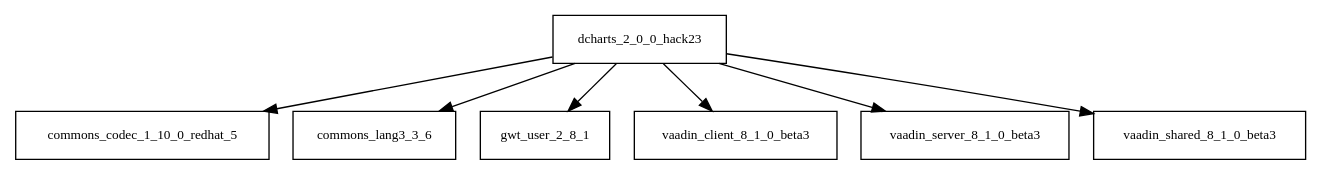
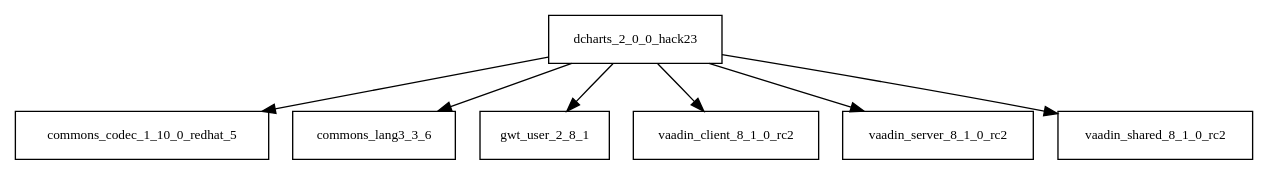
One commit to AglaianWoman/cia changed the diagram in tattleTaleReport/graphviz/dcharts-2.0.0.hack23.jar/dcharts-2.0.0.hack23.jar.dot. Above: the diagram before and after it, drawn with Graphviz. The commit also changed 2443 other files, not shown here.

```diff
--- a/tattleTaleReport/graphviz/dcharts-2.0.0.hack23.jar/dcharts-2.0.0.hack23.jar.dot
+++ b/tattleTaleReport/graphviz/dcharts-2.0.0.hack23.jar/dcharts-2.0.0.hack23.jar.dot
@@ -1,9 +1,9 @@
 digraph dcharts_2_0_0_hack23_dependencies {
   node [shape = box, fontsize=10.0];
   dcharts_2_0_0_hack23 -> commons_codec_1_10_0_redhat_5;
   dcharts_2_0_0_hack23 -> commons_lang3_3_6;
   dcharts_2_0_0_hack23 -> gwt_user_2_8_1;
-  dcharts_2_0_0_hack23 -> vaadin_client_8_1_0_beta3;
-  dcharts_2_0_0_hack23 -> vaadin_server_8_1_0_beta3;
-  dcharts_2_0_0_hack23 -> vaadin_shared_8_1_0_beta3;
+  dcharts_2_0_0_hack23 -> vaadin_client_8_1_0_rc2;
+  dcharts_2_0_0_hack23 -> vaadin_server_8_1_0_rc2;
+  dcharts_2_0_0_hack23 -> vaadin_shared_8_1_0_rc2;
 }
```
